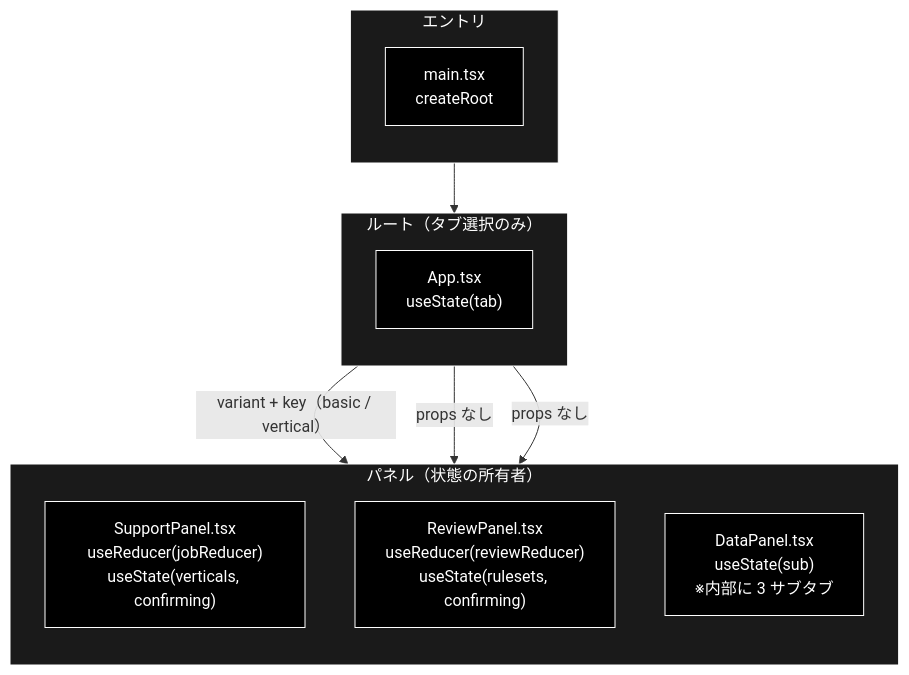
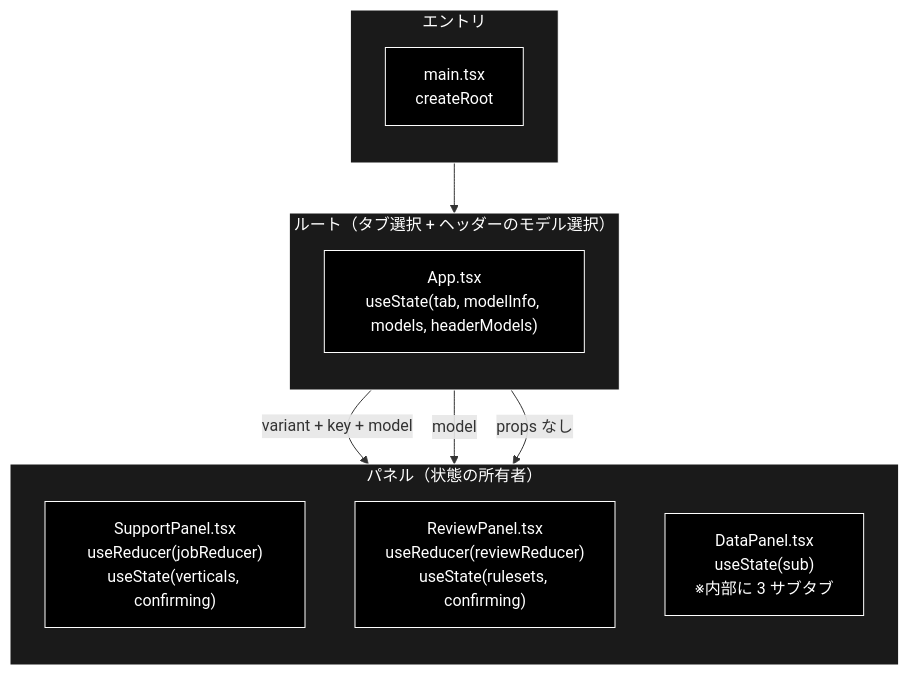
One commit to nakashima2toshio/grace_v2 changed the first of 3 diagrams in frontend/docs/App.md. Above: the diagram before and after it, drawn with Mermaid. The commit also changed other lines of this file and 18 other files, not shown here.

````diff
--- a/frontend/docs/App.md
+++ b/frontend/docs/App.md
@@ -69,28 +72,28 @@
 ```mermaid
 flowchart TB
     subgraph Entry["エントリ"]
         direction TB
         Main["main.tsx<br>createRoot"]
     end
-    subgraph Root["ルート（タブ選択のみ）"]
+    subgraph Root["ルート（タブ選択 + ヘッダーのモデル選択）"]
         direction TB
-        App["App.tsx<br>useState(tab)"]
+        App["App.tsx<br>useState(tab, modelInfo, models, headerModels)"]
     end
     subgraph Panels["パネル（状態の所有者）"]
         direction TB
         SP["SupportPanel.tsx<br>useReducer(jobReducer)<br>useState(verticals, confirming)"]
         RP["ReviewPanel.tsx<br>useReducer(reviewReducer)<br>useState(rulesets, confirming)"]
         DP["DataPanel.tsx<br>useState(sub)<br>※内部に 3 サブタブ"]
     end
 
     Main --> App
-    App -->|"variant + key（basic / vertical）"| SP
-    App -->|"props なし"| RP
+    App -->|"variant + key + model"| SP
+    App -->|"model"| RP
     App -->|"props なし"| DP
 classDef default fill:#000,stroke:#fff,color:#fff
 classDef subgraphStyle fill:#1a1a1a,stroke:#fff,color:#fff
 class Main,App,SP,RP,DP default
 style Entry fill:#1a1a1a,stroke:#fff,color:#fff
 style Root fill:#1a1a1a,stroke:#fff,color:#fff
 style Panels fill:#1a1a1a,stroke:#fff,color:#fff
 ```
````
